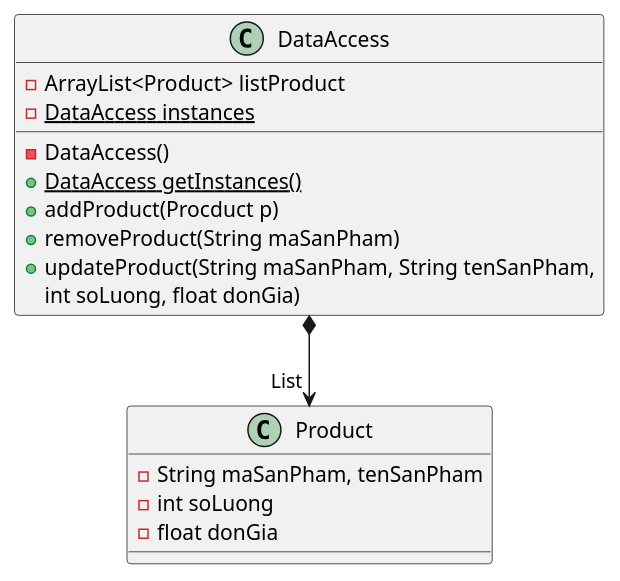
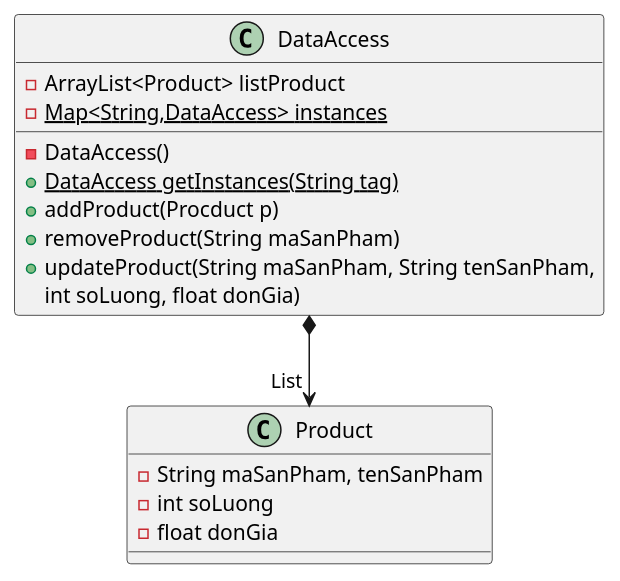
Before and after one commit to ptai82067/64132083_DesignPattern: the diagram in thuchanh/singleton/a6/product_diagram.puml, drawn with PlantUML. The commit also changed 30 other files, not shown here.

```diff
--- a/thuchanh/singleton/a6/product_diagram.puml
+++ b/thuchanh/singleton/a6/product_diagram.puml
@@ -1,20 +1,20 @@
 @startuml
 'https://plantuml.com/sequence-diagram
 
 class Product{
     - String maSanPham, tenSanPham
     - int soLuong
     - float donGia
 }
 class DataAccess{
     - ArrayList<Product> listProduct
-    - {static} DataAccess instances
+    - {static} Map<String,DataAccess> instances
     - DataAccess()
-    + {static} DataAccess getInstances()
+    + {static} DataAccess getInstances(String tag)
     + addProduct(Procduct p)
     + removeProduct(String maSanPham)
     + updateProduct(String maSanPham, String tenSanPham,
      int soLuong, float donGia)
 }
 DataAccess *-->"List "Product
 @enduml
```
